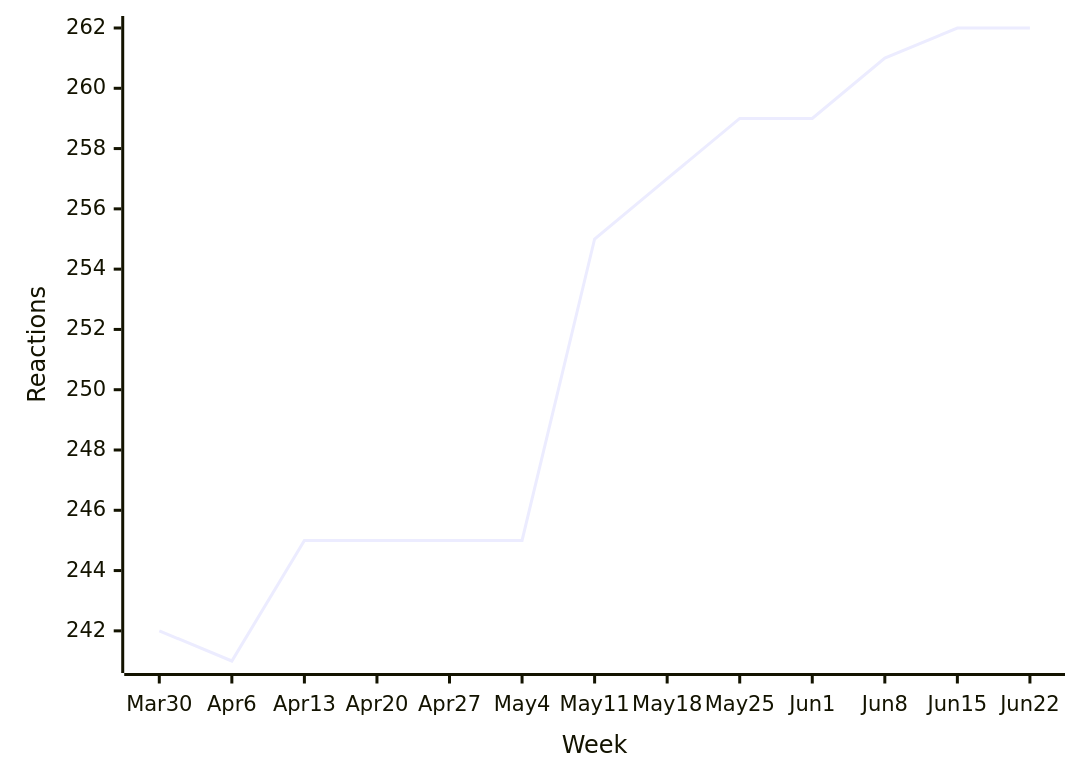
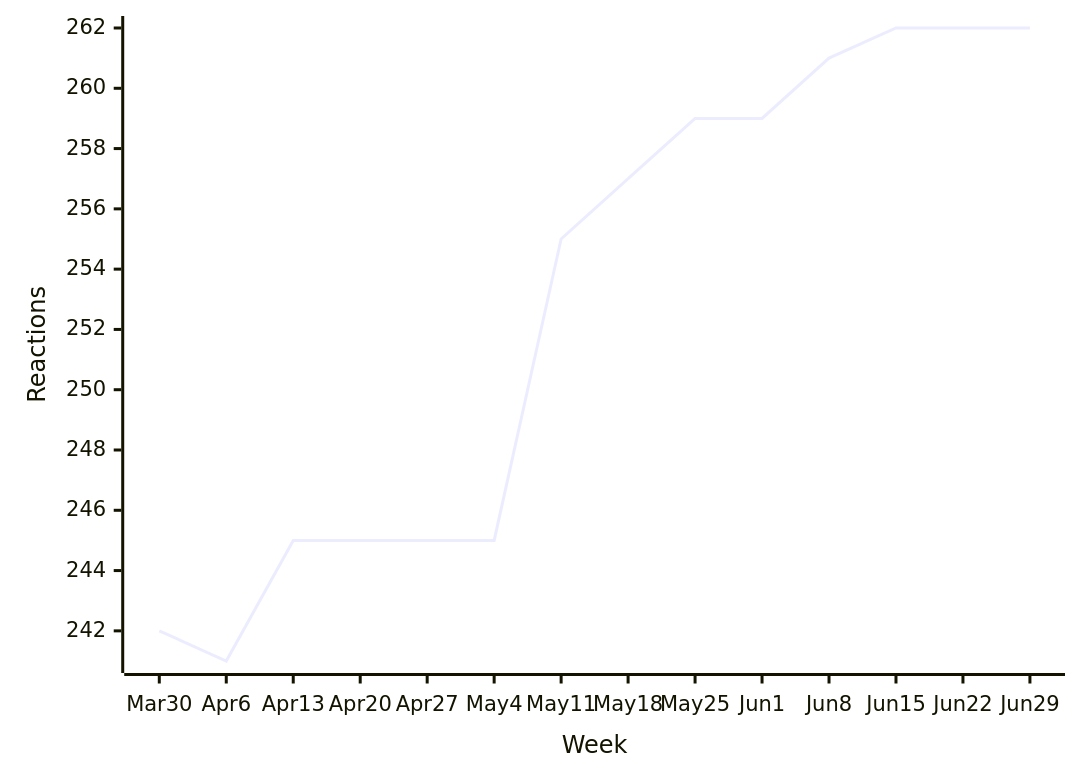
One commit to loic-sharma/github-insights changed the eighth of 48 diagrams in README.md. Above: the diagram before and after it, drawn with Mermaid. The commit also changed other lines of this file and 3 other files, not shown here.

````diff
--- a/README.md
+++ b/README.md
@@ -458,6 +458,6 @@
   ```mermaid
   xychart-beta
-    x-axis "Week" [Mar 30, Apr 6, Apr 13, Apr 20, Apr 27, May 4, May 11, May 18, May 25, Jun 1, Jun 8, Jun 15, Jun 22]
+    x-axis "Week" [Mar 30, Apr 6, Apr 13, Apr 20, Apr 27, May 4, May 11, May 18, May 25, Jun 1, Jun 8, Jun 15, Jun 22, Jun 29]
     y-axis "Reactions"
-    line [242, 241, 245, 245, 245, 245, 255, 257, 259, 259, 261, 262, 262]
+    line [242, 241, 245, 245, 245, 245, 255, 257, 259, 259, 261, 262, 262, 262]
   ```
````
